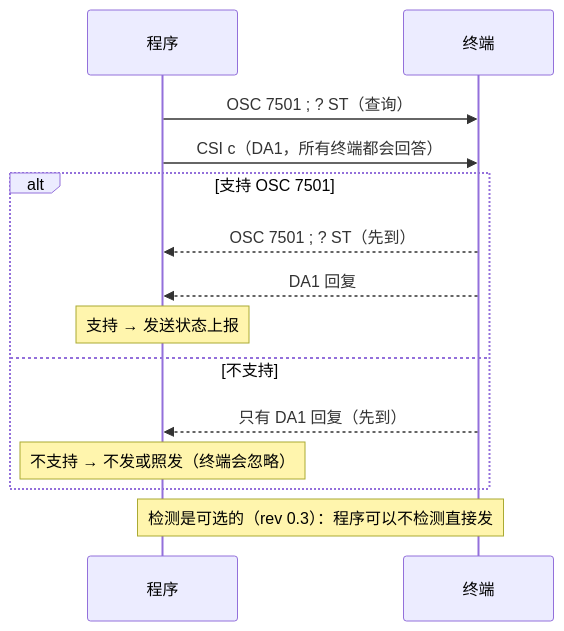
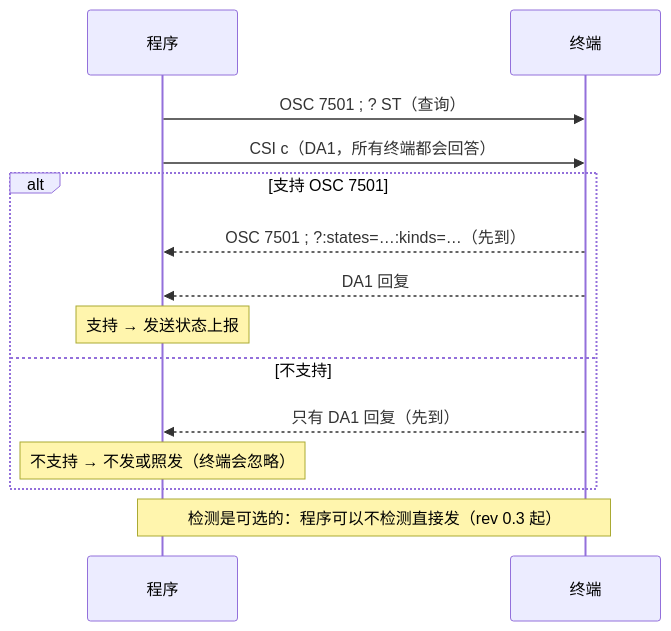
Before and after one commit to hyeebeen/awesome-osc7501: the second of 3 diagrams in README.md, drawn with Mermaid. The commit also changed other lines of this file and 1 other file, not shown here.

Commit message:
docs(readme): update to spec rev 0.4

````diff
--- a/README.md
+++ b/README.md
@@ -102,16 +102,16 @@
 ```mermaid
 sequenceDiagram
   participant P as 程序
   participant T as 终端
   P->>T: OSC 7501 #59; ? ST（查询）
   P->>T: CSI c（DA1，所有终端都会回答）
   alt 支持 OSC 7501
-    T-->>P: OSC 7501 #59; ? ST（先到）
+    T-->>P: OSC 7501 #59; ?:states=…:kinds=…（先到）
     T-->>P: DA1 回复
     Note over P: 支持 → 发送状态上报
   else 不支持
     T-->>P: 只有 DA1 回复（先到）
     Note over P: 不支持 → 不发或照发（终端会忽略）
   end
-  Note over P,T: 检测是可选的（rev 0.3）：程序可以不检测直接发
+  Note over P,T: 检测是可选的：程序可以不检测直接发（rev 0.3 起）
 ```
````
